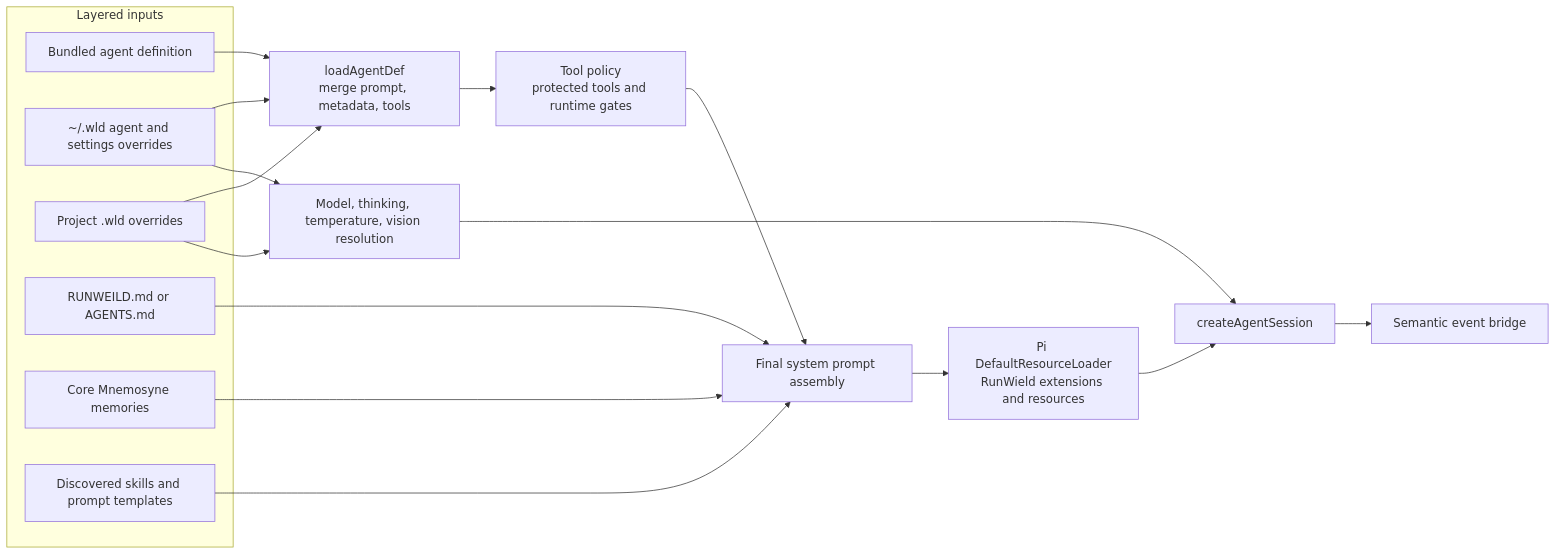
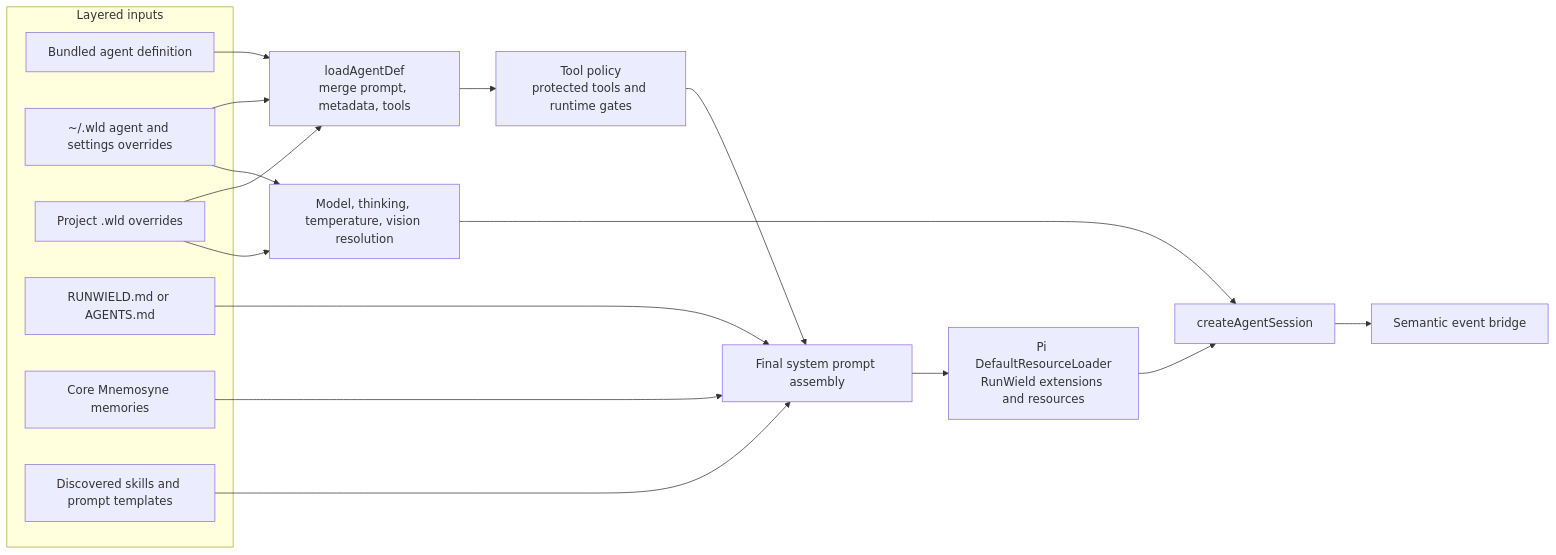
Before and after one commit to gandazgul/runwield: the ninth of 13 diagrams in architecture.md, drawn with Mermaid. The commit also changed 34 other files, not shown here.

````diff
--- a/architecture.md
+++ b/architecture.md
@@ -510,34 +510,34 @@
 ```mermaid
 flowchart LR
     subgraph Sources["Layered inputs"]
         Bundled["Bundled agent definition"]
         Home["~/.wld agent and settings overrides"]
         Local["Project .wld overrides"]
-        Instructions["RUNWEILD.md or AGENTS.md"]
+        Instructions["RUNWIELD.md or AGENTS.md"]
         Memories["Core Mnemosyne memories"]
         Skills["Discovered skills and prompt templates"]
     end
 
     Merge["loadAgentDef\nmerge prompt, metadata, tools"]
     Policy["Tool policy\nprotected tools and runtime gates"]
     Model["Model, thinking, temperature, vision resolution"]
     Prompt["Final system prompt assembly"]
     Loader["Pi DefaultResourceLoader\nRunWield extensions and resources"]
     Session["createAgentSession"]
     Subscribers["Semantic event bridge"]
 
     Bundled --> Merge
     Home --> Merge
     Local --> Merge
     Merge --> Policy
     Home --> Model
     Local --> Model
     Policy --> Prompt
     Instructions --> Prompt
     Memories --> Prompt
     Skills --> Prompt
     Model --> Session
     Prompt --> Loader
     Loader --> Session
     Session --> Subscribers
 ```
````
